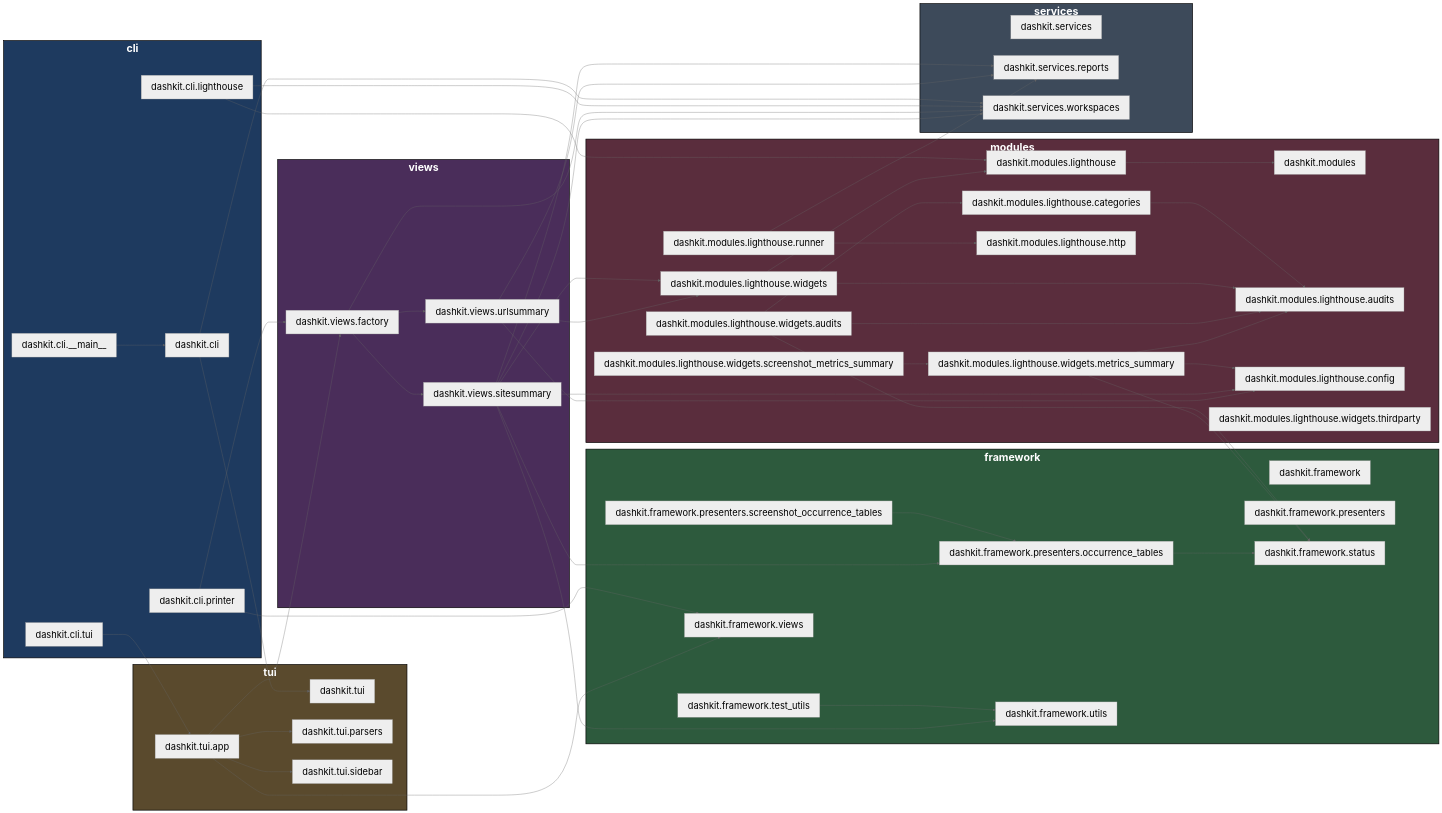
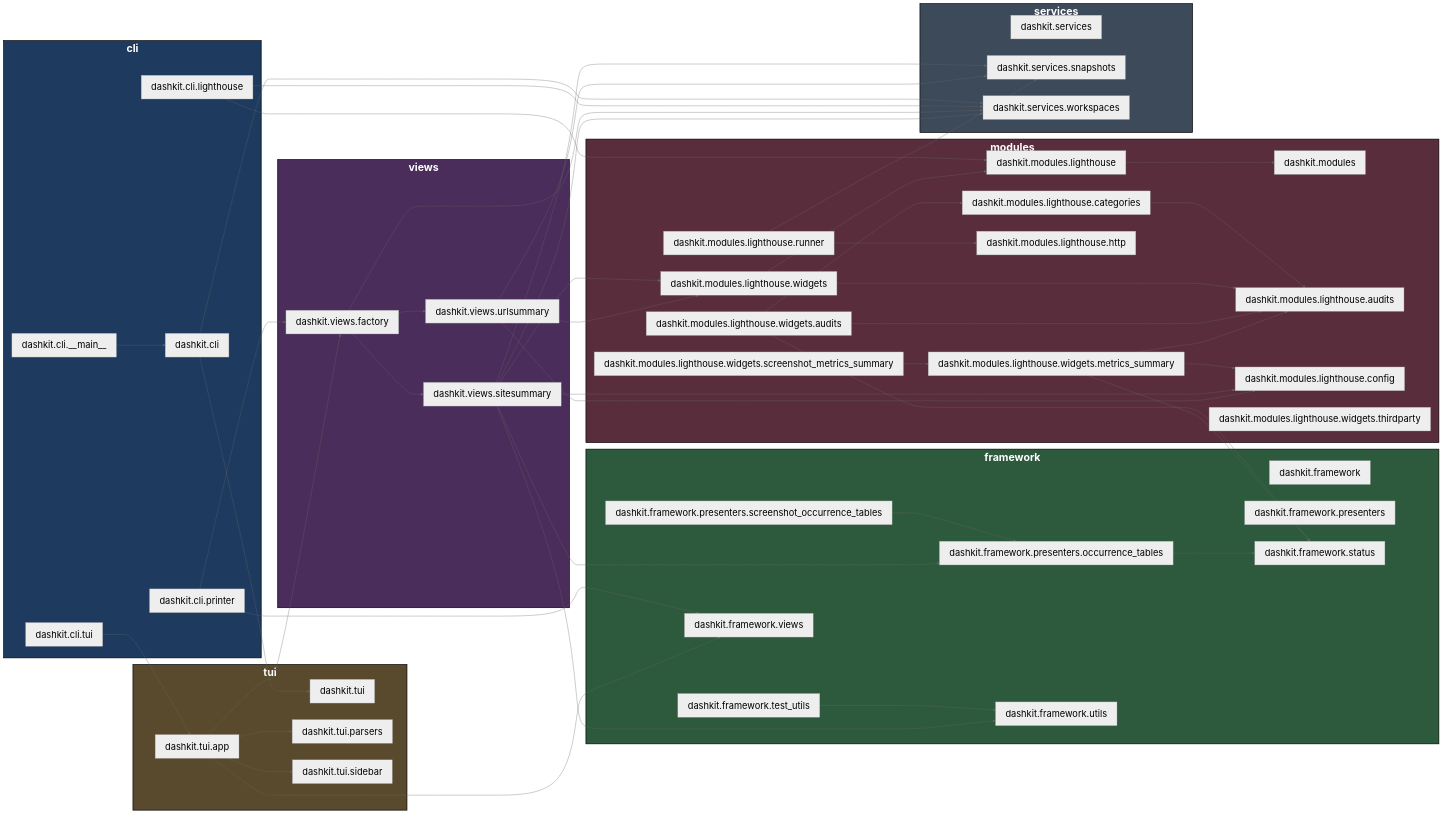
The diagram in docs/arch-code-diagram.mmd (oct-cr/web-audit-tool), drawn with Mermaid (neutral theme) before and after one commit. The commit also changed 12 other files, not shown here.

```diff
--- a/docs/arch-code-diagram.mmd
+++ b/docs/arch-code-diagram.mmd
@@ -1,105 +1,105 @@
 flowchart LR
 %% Auto-generated from code (utils/gen_arch_diagram.py)
 
 subgraph cli["<b style='font-size:32px'>cli</b>"]
   style cli fill:#1e3a5f,color:#fff,stroke:#000,stroke-width:2px
   dashkit_cli["dashkit.cli"]
   dashkit_cli___main__["dashkit.cli.__main__"]
   dashkit_cli_lighthouse["dashkit.cli.lighthouse"]
   dashkit_cli_printer["dashkit.cli.printer"]
   dashkit_cli_tui["dashkit.cli.tui"]
 end
 
 subgraph framework["<b style='font-size:32px'>framework</b>"]
   style framework fill:#2d5a3d,color:#fff,stroke:#000,stroke-width:2px
   dashkit_framework["dashkit.framework"]
   dashkit_framework_presenters["dashkit.framework.presenters"]
   dashkit_framework_presenters_occurrence_tables["dashkit.framework.presenters.occurrence_tables"]
   dashkit_framework_presenters_screenshot_occurrence_tables["dashkit.framework.presenters.screenshot_occurrence_tables"]
   dashkit_framework_status["dashkit.framework.status"]
   dashkit_framework_test_utils["dashkit.framework.test_utils"]
   dashkit_framework_utils["dashkit.framework.utils"]
   dashkit_framework_views["dashkit.framework.views"]
 end
 
 subgraph modules["<b style='font-size:32px'>modules</b>"]
   style modules fill:#5a2d3d,color:#fff,stroke:#000,stroke-width:2px
   dashkit_modules["dashkit.modules"]
   dashkit_modules_lighthouse["dashkit.modules.lighthouse"]
   dashkit_modules_lighthouse_audits["dashkit.modules.lighthouse.audits"]
   dashkit_modules_lighthouse_categories["dashkit.modules.lighthouse.categories"]
   dashkit_modules_lighthouse_config["dashkit.modules.lighthouse.config"]
   dashkit_modules_lighthouse_http["dashkit.modules.lighthouse.http"]
   dashkit_modules_lighthouse_runner["dashkit.modules.lighthouse.runner"]
   dashkit_modules_lighthouse_widgets["dashkit.modules.lighthouse.widgets"]
   dashkit_modules_lighthouse_widgets_audits["dashkit.modules.lighthouse.widgets.audits"]
   dashkit_modules_lighthouse_widgets_metrics_summary["dashkit.modules.lighthouse.widgets.metrics_summary"]
   dashkit_modules_lighthouse_widgets_screenshot_metrics_summary["dashkit.modules.lighthouse.widgets.screenshot_metrics_summary"]
   dashkit_modules_lighthouse_widgets_thirdparty["dashkit.modules.lighthouse.widgets.thirdparty"]
 end
 
 subgraph services["<b style='font-size:32px'>services</b>"]
   style services fill:#3d4a5a,color:#fff,stroke:#000,stroke-width:2px
   dashkit_services["dashkit.services"]
-  dashkit_services_reports["dashkit.services.reports"]
+  dashkit_services_snapshots["dashkit.services.snapshots"]
   dashkit_services_workspaces["dashkit.services.workspaces"]
 end
 
 subgraph tui["<b style='font-size:32px'>tui</b>"]
   style tui fill:#5a4a2d,color:#fff,stroke:#000,stroke-width:2px
   dashkit_tui["dashkit.tui"]
   dashkit_tui_app["dashkit.tui.app"]
   dashkit_tui_parsers["dashkit.tui.parsers"]
   dashkit_tui_sidebar["dashkit.tui.sidebar"]
 end
 
 subgraph views["<b style='font-size:32px'>views</b>"]
   style views fill:#4a2d5a,color:#fff,stroke:#000,stroke-width:2px
   dashkit_views_factory["dashkit.views.factory"]
   dashkit_views_sitesummary["dashkit.views.sitesummary"]
   dashkit_views_urlsummary["dashkit.views.urlsummary"]
 end
 
 dashkit_cli --> dashkit_services_workspaces
 dashkit_cli --> dashkit_tui
 dashkit_cli___main__ --> dashkit_cli
 dashkit_cli_lighthouse --> dashkit_modules_lighthouse
 dashkit_cli_lighthouse --> dashkit_services_workspaces
 dashkit_cli_printer --> dashkit_framework_views
 dashkit_cli_printer --> dashkit_views_factory
 dashkit_cli_tui --> dashkit_tui_app
 dashkit_framework_presenters_occurrence_tables --> dashkit_framework_status
 dashkit_framework_presenters_screenshot_occurrence_tables --> dashkit_framework_presenters_occurrence_tables
 dashkit_framework_test_utils --> dashkit_framework_utils
 dashkit_modules_lighthouse --> dashkit_modules
 dashkit_modules_lighthouse_categories --> dashkit_modules_lighthouse_audits
 dashkit_modules_lighthouse_runner --> dashkit_modules_lighthouse_http
-dashkit_modules_lighthouse_runner --> dashkit_services_reports
+dashkit_modules_lighthouse_runner --> dashkit_services_snapshots
 dashkit_modules_lighthouse_widgets --> dashkit_modules_lighthouse
 dashkit_modules_lighthouse_widgets --> dashkit_modules_lighthouse_audits
 dashkit_modules_lighthouse_widgets_audits --> dashkit_framework_status
 dashkit_modules_lighthouse_widgets_audits --> dashkit_modules_lighthouse_audits
 dashkit_modules_lighthouse_widgets_audits --> dashkit_modules_lighthouse_categories
 dashkit_modules_lighthouse_widgets_metrics_summary --> dashkit_framework_status
 dashkit_modules_lighthouse_widgets_metrics_summary --> dashkit_modules_lighthouse_audits
 dashkit_modules_lighthouse_widgets_metrics_summary --> dashkit_modules_lighthouse_config
 dashkit_modules_lighthouse_widgets_screenshot_metrics_summary --> dashkit_modules_lighthouse_widgets_metrics_summary
 dashkit_tui_app --> dashkit_framework_views
 dashkit_tui_app --> dashkit_tui_parsers
 dashkit_tui_app --> dashkit_tui_sidebar
 dashkit_tui_app --> dashkit_views_factory
 dashkit_views_factory --> dashkit_services_workspaces
 dashkit_views_factory --> dashkit_views_sitesummary
 dashkit_views_factory --> dashkit_views_urlsummary
 dashkit_views_sitesummary --> dashkit_framework_presenters_occurrence_tables
 dashkit_views_sitesummary --> dashkit_framework_utils
 dashkit_views_sitesummary --> dashkit_modules_lighthouse_config
 dashkit_views_sitesummary --> dashkit_modules_lighthouse_widgets
-dashkit_views_sitesummary --> dashkit_services_reports
+dashkit_views_sitesummary --> dashkit_services_snapshots
 dashkit_views_sitesummary --> dashkit_services_workspaces
 dashkit_views_urlsummary --> dashkit_modules_lighthouse_config
 dashkit_views_urlsummary --> dashkit_modules_lighthouse_widgets
-dashkit_views_urlsummary --> dashkit_services_reports
+dashkit_views_urlsummary --> dashkit_services_snapshots
 
 classDef nodeClass font-size:28px;
-class dashkit_framework_test_utils,dashkit_framework,dashkit_framework_utils,dashkit_framework_views,dashkit_framework_status,dashkit_tui_sidebar,dashkit_tui,dashkit_tui_parsers,dashkit_tui_app,dashkit_cli,dashkit_cli_tui,dashkit_cli_lighthouse,dashkit_cli_printer,dashkit_cli___main__,dashkit_modules,dashkit_views_sitesummary,dashkit_views_factory,dashkit_views_urlsummary,dashkit_services,dashkit_services_reports,dashkit_services_workspaces,dashkit_modules_lighthouse_audits,dashkit_modules_lighthouse_runner,dashkit_modules_lighthouse_config,dashkit_modules_lighthouse_categories,dashkit_modules_lighthouse,dashkit_modules_lighthouse_http,dashkit_modules_lighthouse_widgets_screenshot_metrics_summary,dashkit_modules_lighthouse_widgets_audits,dashkit_modules_lighthouse_widgets,dashkit_modules_lighthouse_widgets_metrics_summary,dashkit_modules_lighthouse_widgets_thirdparty,dashkit_framework_presenters_screenshot_occurrence_tables,dashkit_framework_presenters,dashkit_framework_presenters_occurrence_tables nodeClass;
+class dashkit_framework_test_utils,dashkit_framework,dashkit_framework_utils,dashkit_framework_views,dashkit_framework_status,dashkit_tui_sidebar,dashkit_tui,dashkit_tui_parsers,dashkit_tui_app,dashkit_cli,dashkit_cli_tui,dashkit_cli_lighthouse,dashkit_cli_printer,dashkit_cli___main__,dashkit_modules,dashkit_views_sitesummary,dashkit_views_factory,dashkit_views_urlsummary,dashkit_services_snapshots,dashkit_services,dashkit_services_workspaces,dashkit_modules_lighthouse_audits,dashkit_modules_lighthouse_runner,dashkit_modules_lighthouse_config,dashkit_modules_lighthouse_categories,dashkit_modules_lighthouse,dashkit_modules_lighthouse_http,dashkit_modules_lighthouse_widgets_screenshot_metrics_summary,dashkit_modules_lighthouse_widgets_audits,dashkit_modules_lighthouse_widgets,dashkit_modules_lighthouse_widgets_metrics_summary,dashkit_modules_lighthouse_widgets_thirdparty,dashkit_framework_presenters_screenshot_occurrence_tables,dashkit_framework_presenters,dashkit_framework_presenters_occurrence_tables nodeClass;
```
